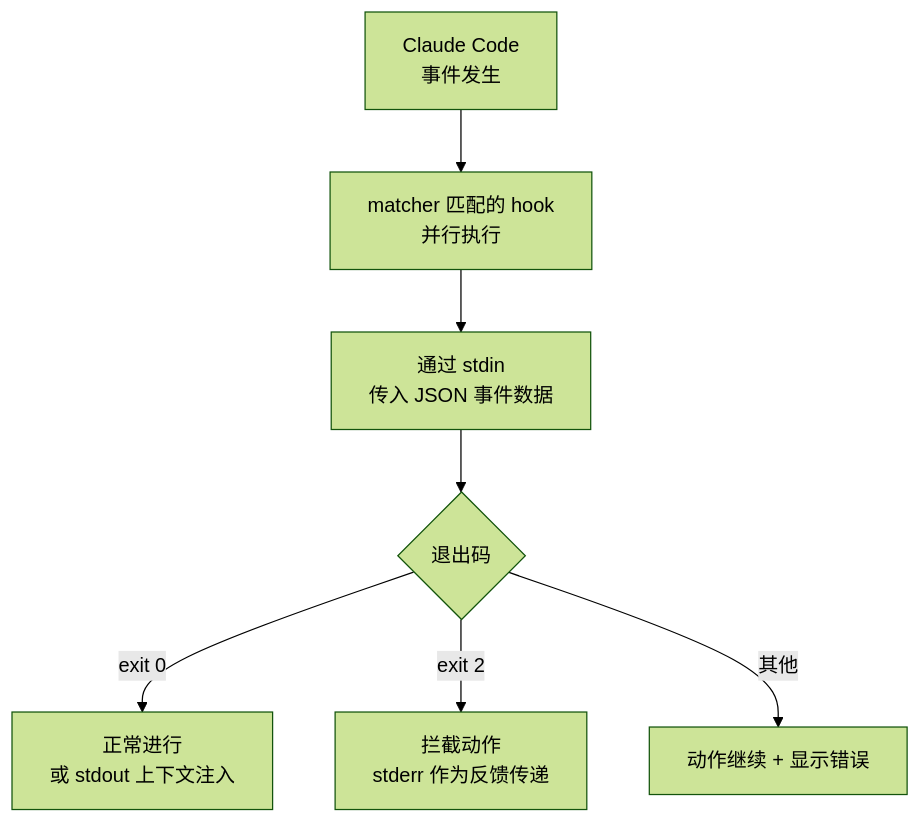
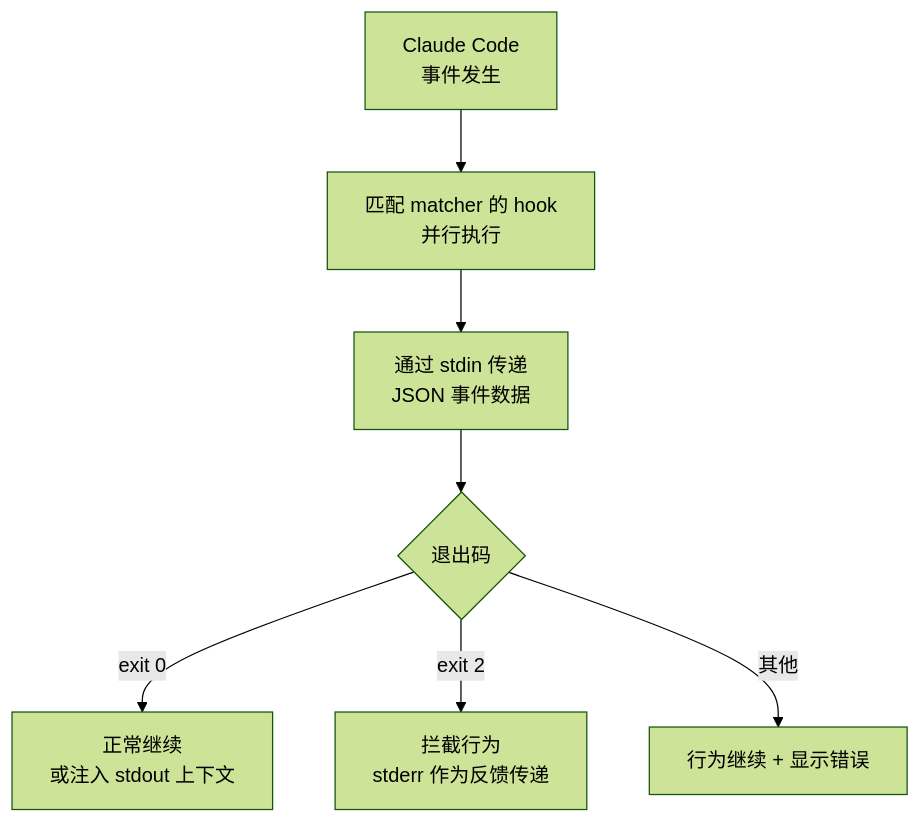
The diagram in docs-site/content/zh/claude-code/extensibility/hooks.md (modu-ai/moai-adk), drawn with Mermaid (forest theme) before and after one commit. The commit also changed other lines of this file and 395 other files, not shown here.

````diff
--- a/docs-site/content/zh/claude-code/extensibility/hooks.md
+++ b/docs-site/content/zh/claude-code/extensibility/hooks.md
@@ -64,9 +72,9 @@
 ```mermaid
 flowchart TD
-  A[Claude Code<br>事件发生] --> B[matcher 匹配的 hook<br>并行执行]
-  B --> C[通过 stdin<br>传入 JSON 事件数据]
+  A[Claude Code<br>事件发生] --> B[匹配 matcher 的 hook<br>并行执行]
+  B --> C[通过 stdin 传递<br>JSON 事件数据]
   C --> D{退出码}
-  D -->|exit 0| E[正常进行<br>或 stdout 上下文注入]
-  D -->|exit 2| F[拦截动作<br>stderr 作为反馈传递]
-  D -->|其他| G[动作继续 + 显示错误]
+  D -->|exit 0| E[正常继续<br>或注入 stdout 上下文]
+  D -->|exit 2| F[拦截行为<br>stderr 作为反馈传递]
+  D -->|其他| G[行为继续 + 显示错误]
 ```
````
